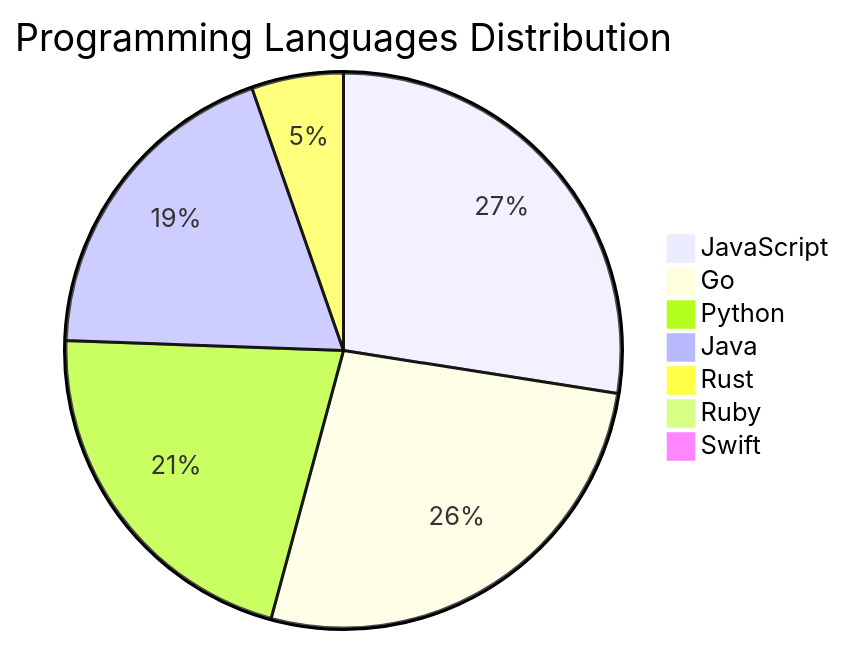
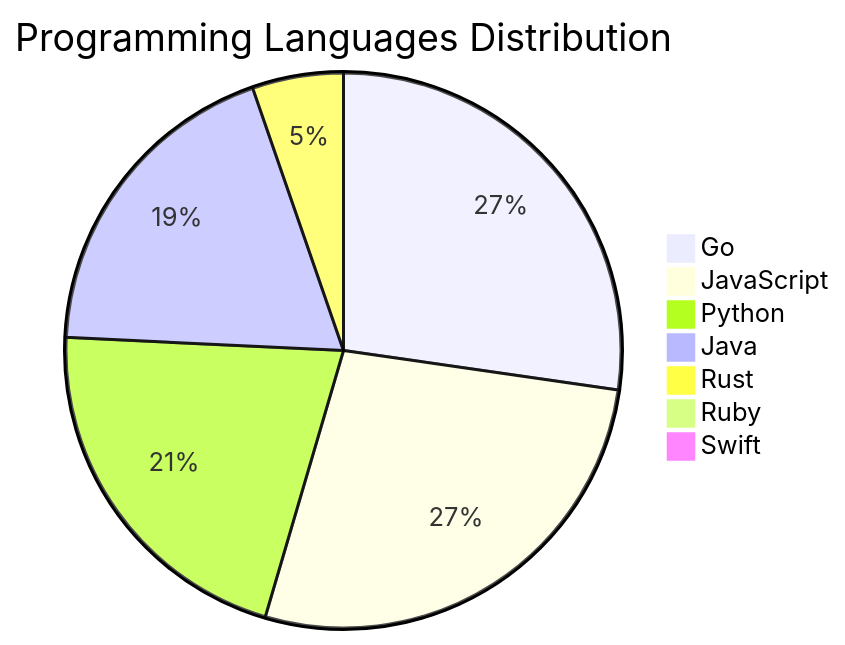
The diagram in README.md (Derrick-MUGISHA/github-activity-bot), drawn with Mermaid before and after one commit. The commit also changed other lines of this file and 4 other files, not shown here.

````diff
--- a/README.md
+++ b/README.md
@@ -207,10 +207,10 @@
 ```mermaid
 pie title Programming Languages Distribution
+    "Go" : 36
     "JavaScript" : 36
-    "Go" : 35
     "Python" : 28
     "Java" : 25
     "Rust" : 7
     "Ruby" : 1
     "Swift" : 1
 ```
````
